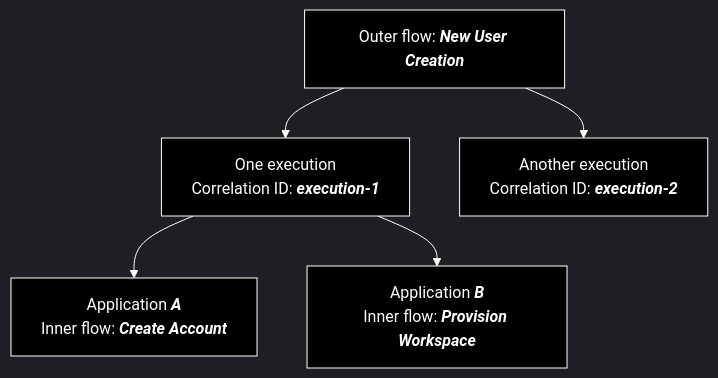
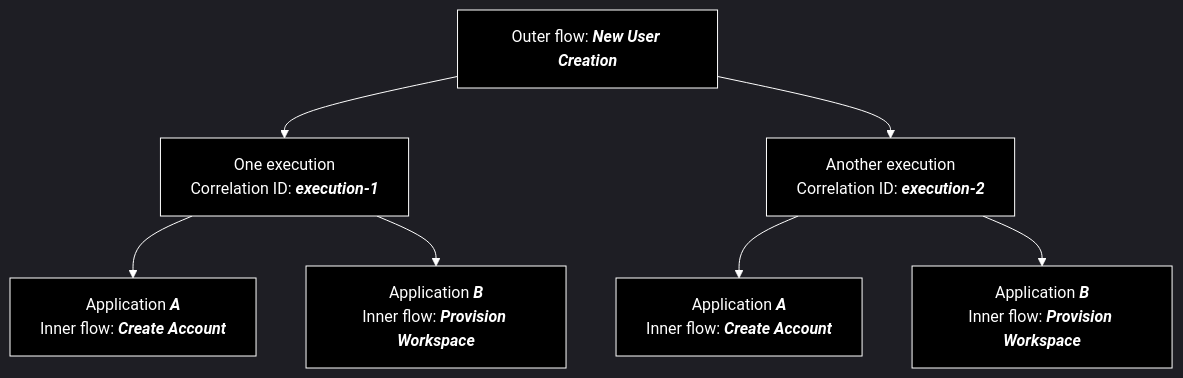
Before and after one commit to clean-arch-enablers-project/clean-execution-context: the first of 3 diagrams in concept/README.md, drawn with Mermaid.

Commit message:
docs: show inner flows for both execution instances

````diff
--- a/concept/README.md
+++ b/concept/README.md
@@ -42,11 +42,13 @@
 ```mermaid
 %%{init: {'theme': 'dark', 'themeVariables': {'lineColor': '#ffffff', 'edgeLabelBackground': '#000000', 'primaryTextColor': '#ffffff'}}}%%
 flowchart TD
     outer["Outer flow: <b><i>New User Creation</i></b>"]
     outer --> first["One execution<br/>Correlation ID: <b><i>execution-1</i></b>"]
     outer --> second["Another execution<br/>Correlation ID: <b><i>execution-2</i></b>"]
     first --> account["Application <b><i>A</i></b><br/>Inner flow: <b><i>Create Account</i></b>"]
     first --> workspace["Application <b><i>B</i></b><br/>Inner flow: <b><i>Provision Workspace</i></b>"]
+    second --> account2["Application <b><i>A</i></b><br/>Inner flow: <b><i>Create Account</i></b>"]
+    second --> workspace2["Application <b><i>B</i></b><br/>Inner flow: <b><i>Provision Workspace</i></b>"]
 
     classDef default fill:#000000,stroke:#ffffff,color:#ffffff
 ```
````
